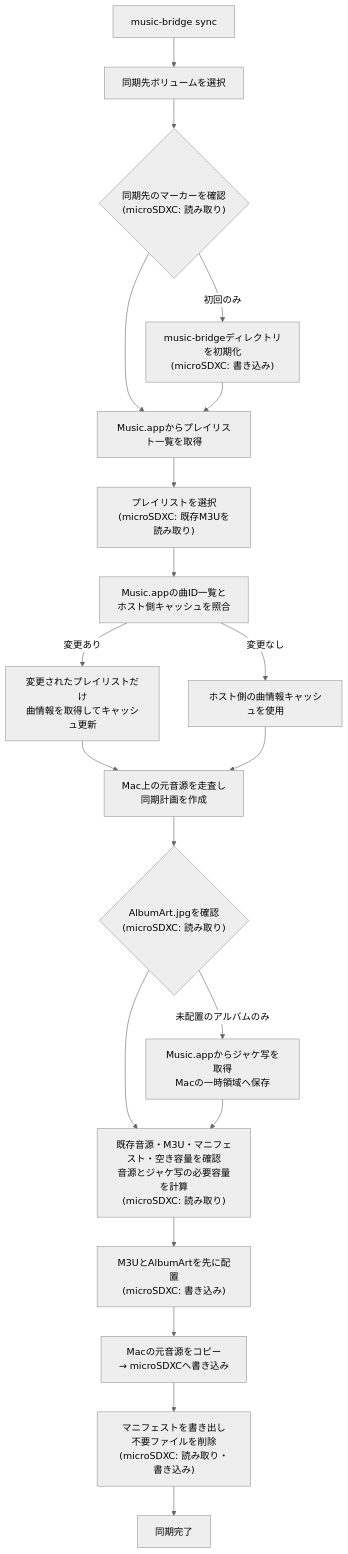
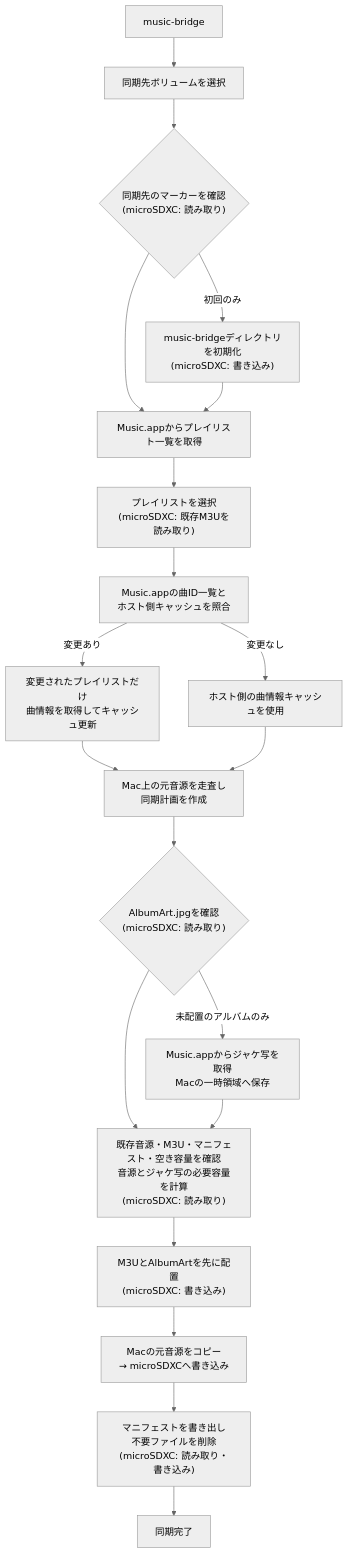
The diagram in README.md (shinderuman/music-bridge), drawn with Mermaid (neutral theme) before and after one commit. The commit also changed other lines of this file and 4 other files, not shown here.

````diff
--- a/README.md
+++ b/README.md
@@ -94,22 +91,22 @@
 ```mermaid
 flowchart TD
-    start["music-bridge sync"] --> target["同期先ボリュームを選択"]
+    start["music-bridge"] --> target["同期先ボリュームを選択"]
     target --> marker{"同期先のマーカーを確認\n(microSDXC: 読み取り)"}
     marker -->|初回のみ| initialize["music-bridgeディレクトリを初期化\n(microSDXC: 書き込み)"]
     marker --> summary["Music.appからプレイリスト一覧を取得"]
     initialize --> summary
     summary --> choose["プレイリストを選択\n(microSDXC: 既存M3Uを読み取り)"]
     choose --> fingerprint["Music.appの曲ID一覧と\nホスト側キャッシュを照合"]
     fingerprint -->|変更あり| metadata["変更されたプレイリストだけ\n曲情報を取得してキャッシュ更新"]
     fingerprint -->|変更なし| cached["ホスト側の曲情報キャッシュを使用"]
     metadata --> plan["Mac上の元音源を走査し\n同期計画を作成"]
     cached --> plan
     plan --> artcheck{"AlbumArt.jpgを確認\n(microSDXC: 読み取り)"}
     artcheck -->|未配置のアルバムのみ| artwork["Music.appからジャケ写を取得<br/>Macの一時領域へ保存"]
     artcheck --> capacity["既存音源・M3U・マニフェスト・空き容量を確認<br/>音源とジャケ写の必要容量を計算<br/>(microSDXC: 読み取り)"]
     artwork --> capacity
     capacity --> prepare["M3UとAlbumArtを先に配置<br/>(microSDXC: 書き込み)"]
     prepare --> transfer["Macの元音源をコピー<br/>→ microSDXCへ書き込み"]
     transfer --> finalize["マニフェストを書き出し<br/>不要ファイルを削除<br/>(microSDXC: 読み取り・書き込み)"]
     finalize --> done["同期完了"]
 ```
````
